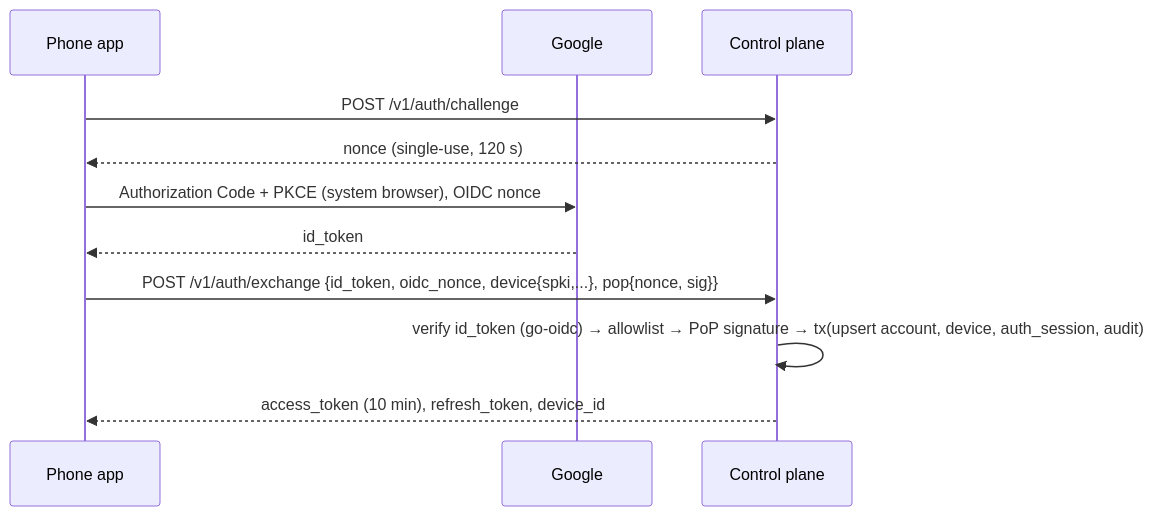
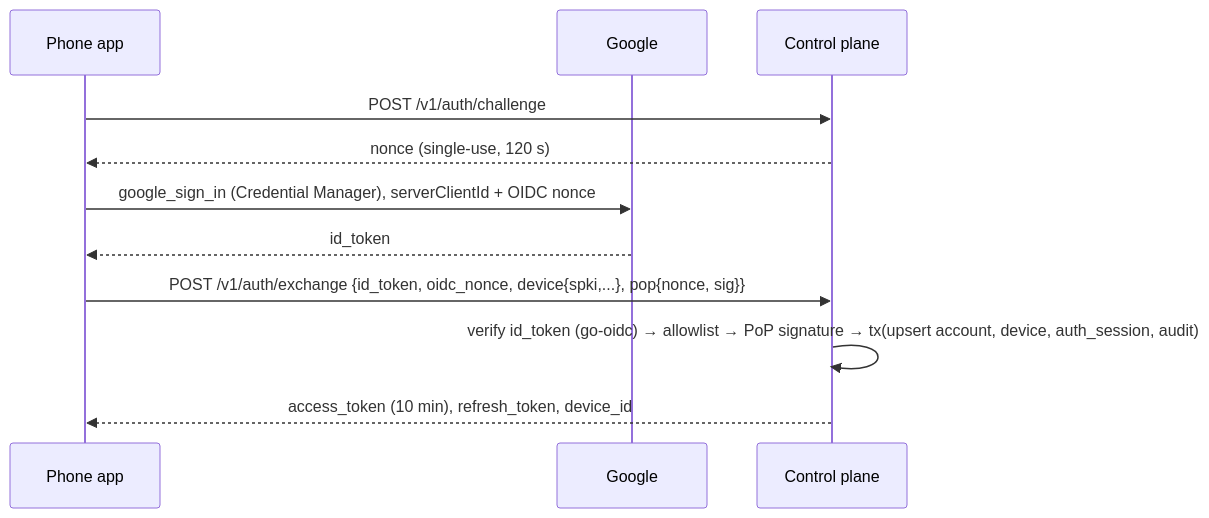
One commit to rohansen856/ConnRelay changed the first of 2 diagrams in docs/components/control-plane.md. Above: the diagram before and after it, drawn with Mermaid. The commit also changed other lines of this file and 3 other files, not shown here.

````diff
--- a/docs/components/control-plane.md
+++ b/docs/components/control-plane.md
@@ -127,13 +121,13 @@
 ```mermaid
 sequenceDiagram
   participant App as Phone app
   participant G as Google
   participant API as Control plane
   App->>API: POST /v1/auth/challenge
   API-->>App: nonce (single-use, 120 s)
-  App->>G: Authorization Code + PKCE (system browser), OIDC nonce
+  App->>G: google_sign_in (Credential Manager), serverClientId + OIDC nonce
   G-->>App: id_token
   App->>API: POST /v1/auth/exchange {id_token, oidc_nonce, device{spki,...}, pop{nonce, sig}}
   API->>API: verify id_token (go-oidc) → allowlist → PoP signature → tx(upsert account, device, auth_session, audit)
   API-->>App: access_token (10 min), refresh_token, device_id
 ```
````
